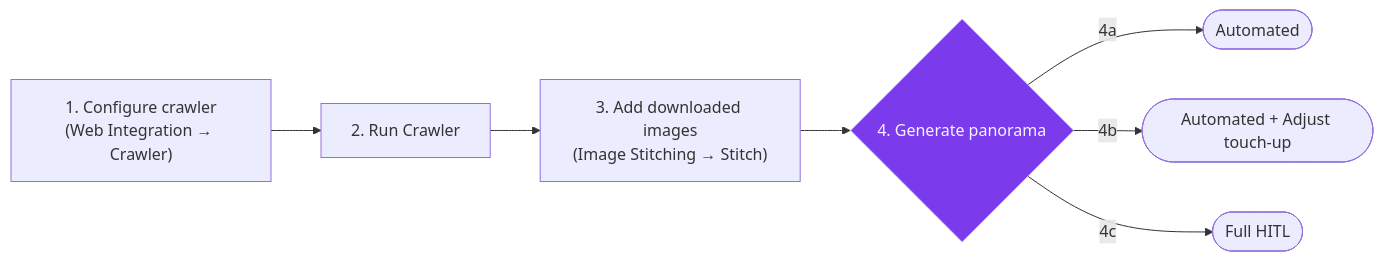
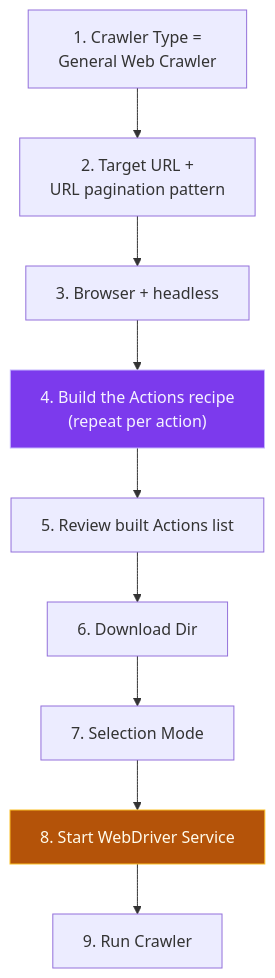
One commit to ACFHarbinger/Image-Toolkit changed the first of 6 diagrams in docs/tutorials/workflows.md. Above: the diagram before and after it, drawn with Mermaid. The commit also changed other lines of this file and 37 other files, not shown here.

````diff
--- a/docs/tutorials/workflows.md
+++ b/docs/tutorials/workflows.md
@@ -31,11 +34,14 @@
 ```mermaid
-flowchart LR
-    A["1. Configure crawler\n(Web Integration → Crawler)"] --> B["2. Run Crawler"]
-    B --> C["3. Add downloaded images\n(Image Stitching → Stitch)"]
-    C --> D{4. Generate panorama}
-    D -->|4a| E([Automated])
-    D -->|4b| F([Automated + Adjust touch-up])
-    D -->|4c| G([Full HITL])
+flowchart TD
+    A["1. Crawler Type =\nGeneral Web Crawler"] --> B["2. Target URL +\nURL pagination pattern"]
+    B --> C["3. Browser + headless"]
+    C --> D["4. Build the Actions recipe\n(repeat per action)"]
+    D --> E["5. Review built Actions list"]
+    E --> F["6. Download Dir"]
+    F --> G["7. Selection Mode"]
+    G --> H["8. Start WebDriver Service"]
+    H --> I["9. Run Crawler"]
 
     style D fill:#7c3aed,stroke:#c4b5fd,color:#f5f3ff
+    style H fill:#b45309,stroke:#fbbf24,color:#fffbeb
 ```
````
